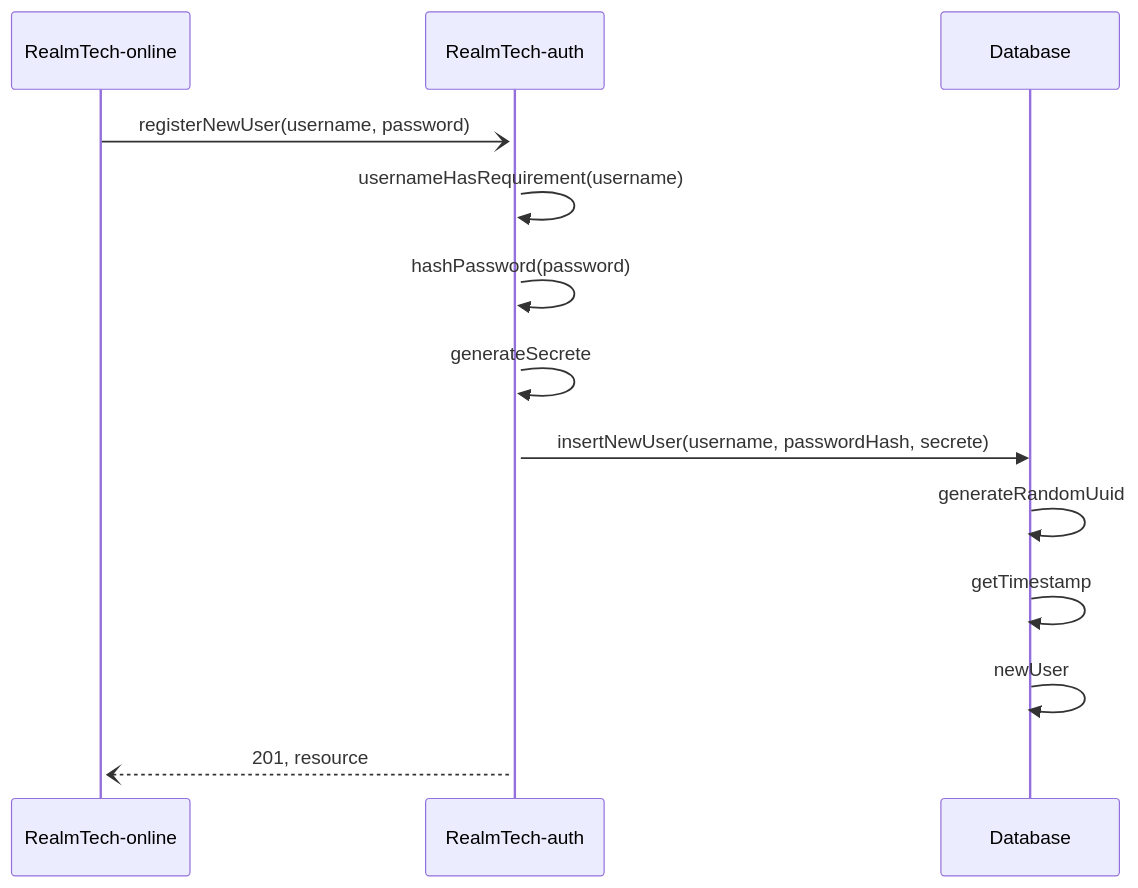
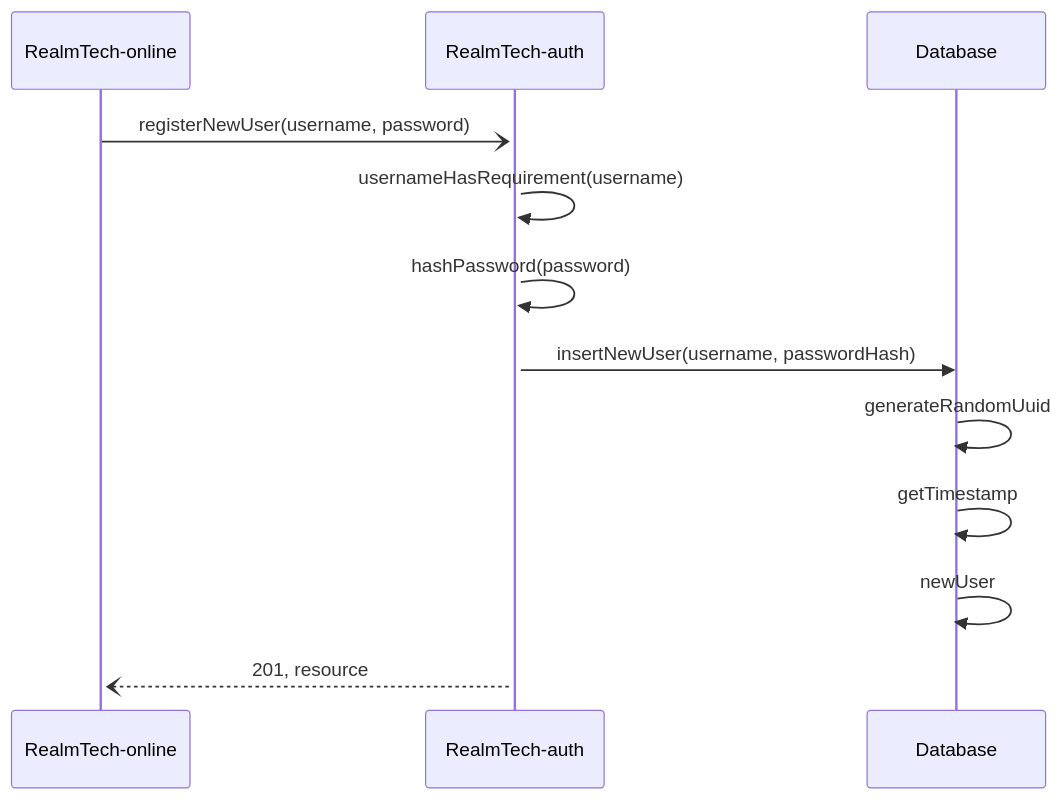
The second of 2 diagrams in readme.md (FabienChatton/RealmTech-auth), drawn with Mermaid before and after one commit. The commit also changed other lines of this file and 12 other files, not shown here.

````diff
--- a/readme.md
+++ b/readme.md
@@ -58,16 +55,15 @@
 ```mermaid
 sequenceDiagram
     participant RealmTech-online
     participant RealmTech-auth
     participant Database
 
     RealmTech-online -)+ RealmTech-auth: registerNewUser(username, password)
     RealmTech-auth ->> RealmTech-auth: usernameHasRequirement(username)
     RealmTech-auth ->> RealmTech-auth: hashPassword(password)
-    RealmTech-auth ->> RealmTech-auth: generateSecrete
-    RealmTech-auth ->> Database: insertNewUser(username, passwordHash, secrete)
+    RealmTech-auth ->> Database: insertNewUser(username, passwordHash)
     Database ->> Database: generateRandomUuid
     Database ->> Database: getTimestamp
     Database ->> Database: newUser
     RealmTech-auth --)+ RealmTech-online: 201, resource
 ```
````
